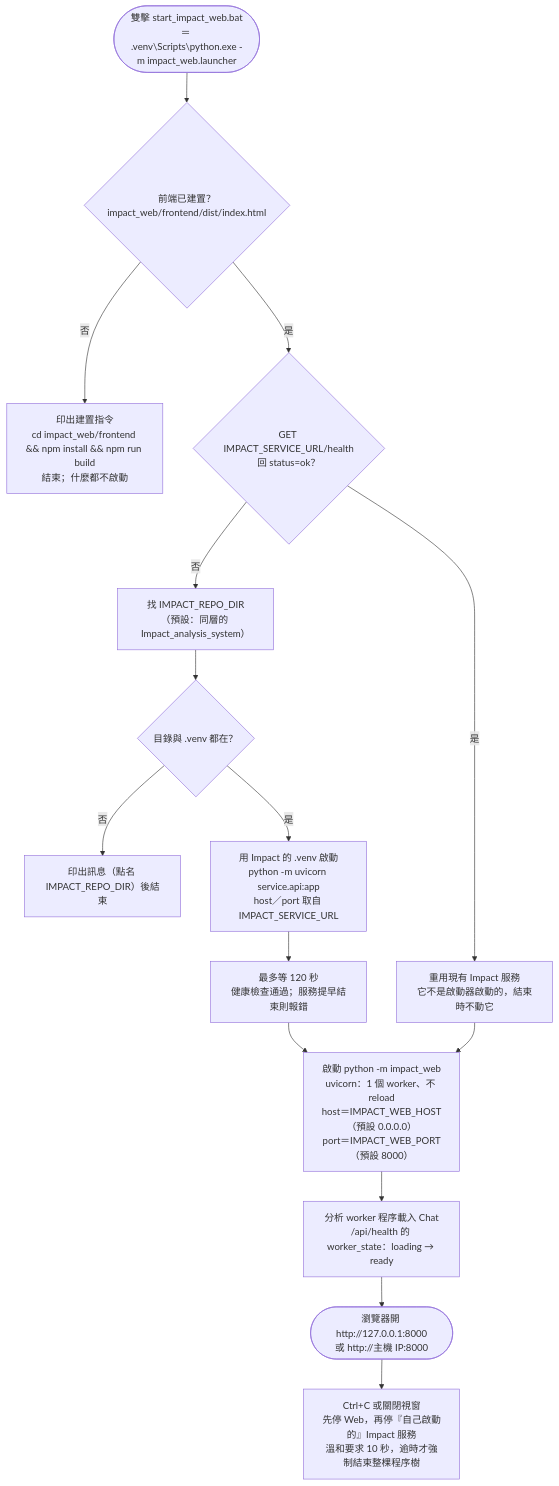
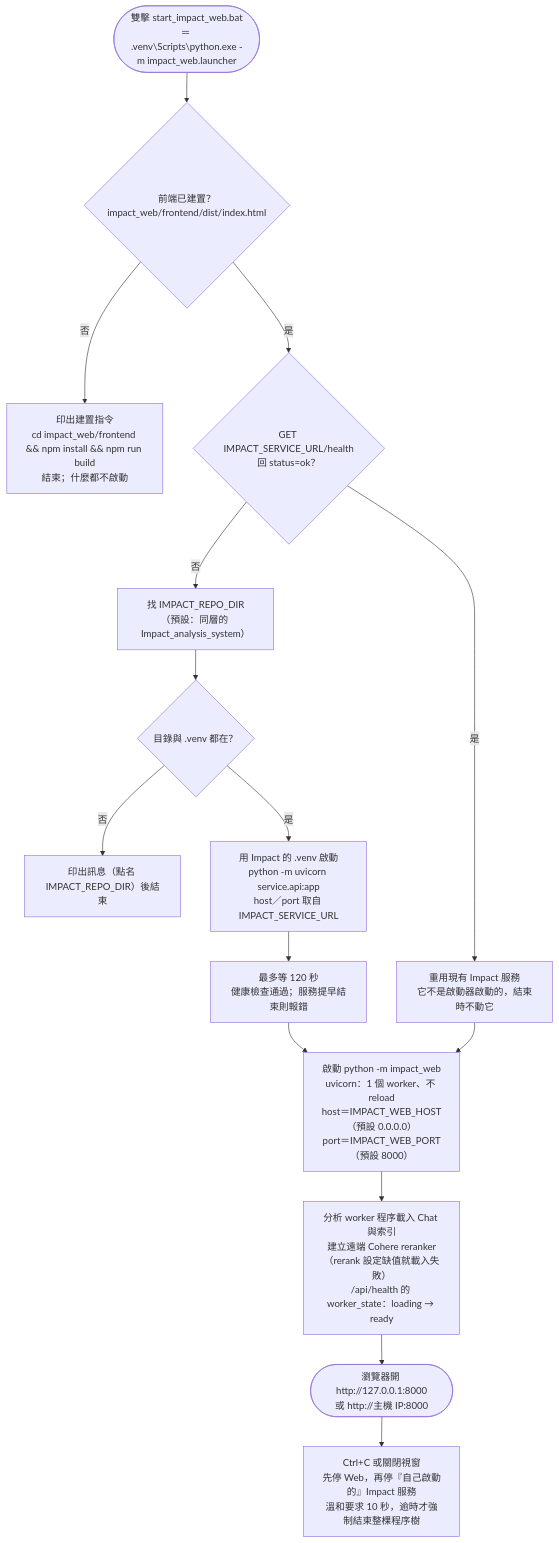
The fifth of 7 diagrams in docs/流程圖.md (vy088772/Impact_analysis_system), drawn with Mermaid before and after one commit. The commit also changed other lines of this file and 3 other files, not shown here.

````diff
--- a/docs/流程圖.md
+++ b/docs/流程圖.md
@@ -172,17 +177,17 @@
 ```mermaid
 flowchart TD
     Start(["雙擊 start_impact_web.bat<br/>＝ .venv\Scripts\python.exe -m impact_web.launcher"]) --> FE{"前端已建置？<br/>impact_web/frontend/dist/index.html"}
     FE -- 否 --> FEFail["印出建置指令<br/>cd impact_web/frontend && npm install && npm run build<br/>結束；什麼都不啟動"]
     FE -- 是 --> Health{"GET IMPACT_SERVICE_URL/health<br/>回 status=ok？"}
     Health -- 是 --> Reuse["重用現有 Impact 服務<br/>它不是啟動器啟動的，結束時不動它"]
     Health -- 否 --> Locate["找 IMPACT_REPO_DIR<br/>（預設：同層的 Impact_analysis_system）"]
     Locate --> LocErr{"目錄與 .venv 都在？"}
     LocErr -- 否 --> LocFail["印出訊息（點名 IMPACT_REPO_DIR）後結束"]
     LocErr -- 是 --> StartImpact["用 Impact 的 .venv 啟動<br/>python -m uvicorn service.api:app<br/>host／port 取自 IMPACT_SERVICE_URL"]
     StartImpact --> Wait["最多等 120 秒<br/>健康檢查通過；服務提早結束則報錯"]
     Wait --> Web
     Reuse --> Web["啟動 python -m impact_web<br/>uvicorn：1 個 worker、不 reload<br/>host＝IMPACT_WEB_HOST（預設 0.0.0.0）<br/>port＝IMPACT_WEB_PORT（預設 8000）"]
-    Web --> Worker["分析 worker 程序載入 Chat<br/>/api/health 的 worker_state：loading → ready"]
+    Web --> Worker["分析 worker 程序載入 Chat 與索引<br/>建立遠端 Cohere reranker（rerank 設定缺值就載入失敗）<br/>/api/health 的 worker_state：loading → ready"]
     Worker --> Ready(["瀏覽器開 http://127.0.0.1:8000<br/>或 http://主機 IP:8000"])
     Ready --> Stop["Ctrl+C 或關閉視窗<br/>先停 Web，再停『自己啟動的』Impact 服務<br/>溫和要求 10 秒，逾時才強制結束整棵程序樹"]
 ```
````
